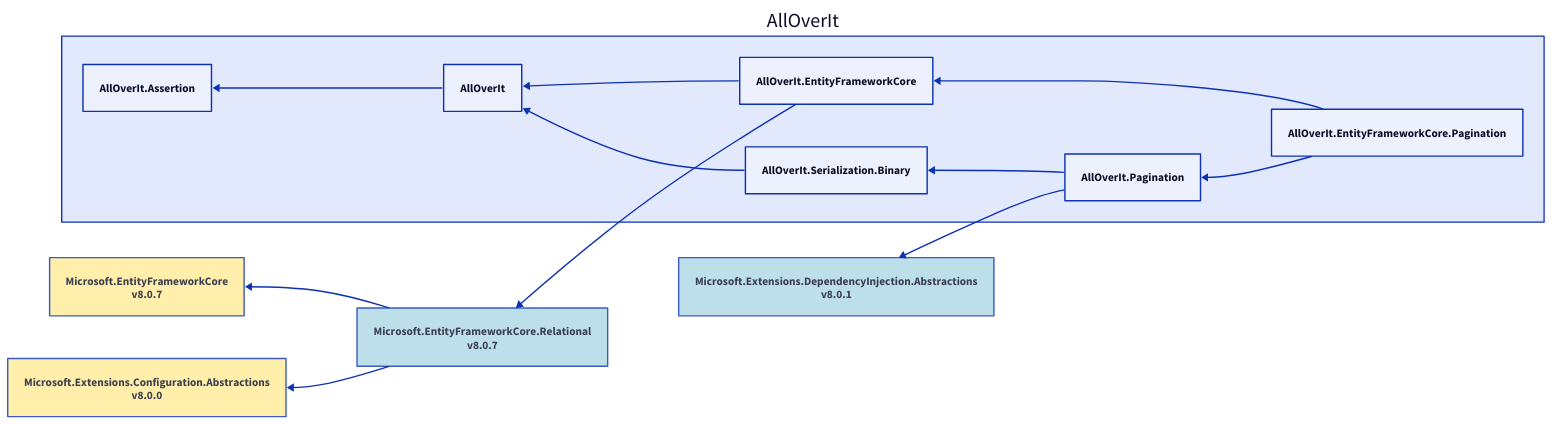
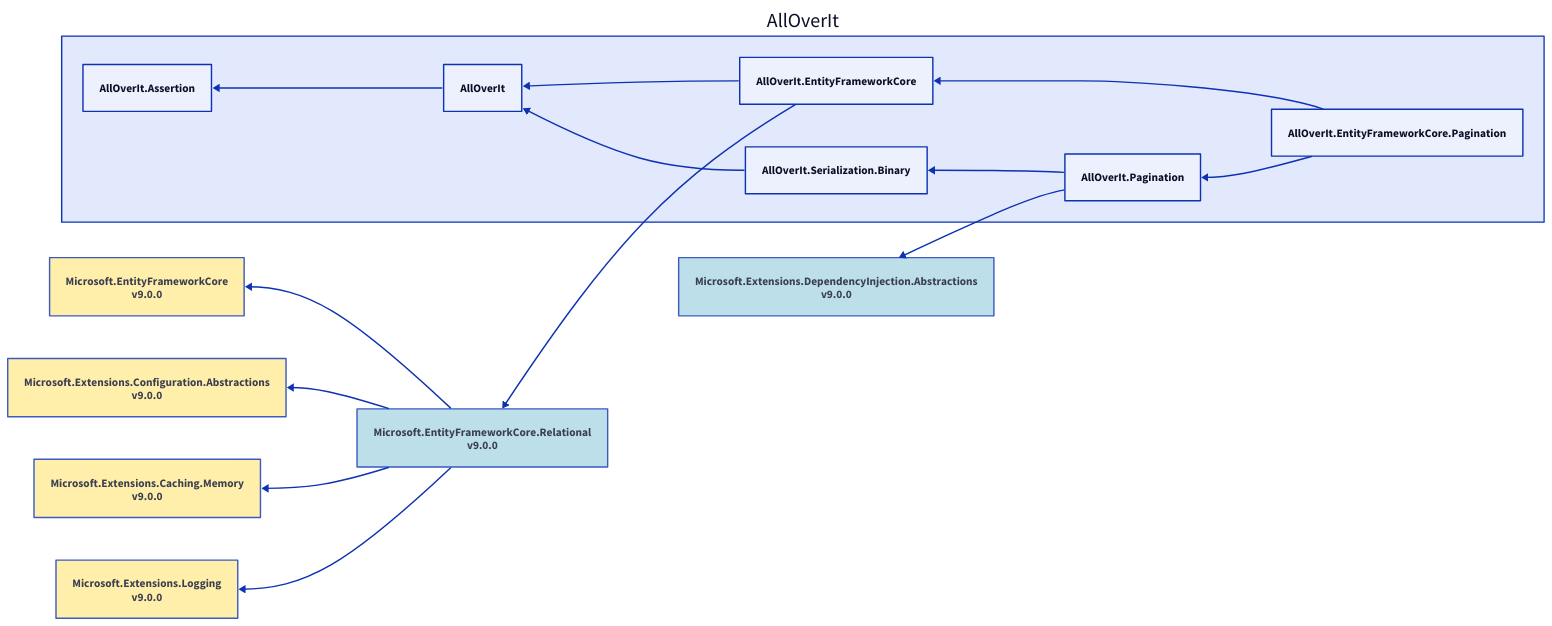
One commit to mjfreelancing/AllOverIt changed the diagram in Docs/Reference/Content/images/dependencies/net8.0/alloverit-entityframeworkcore-pagination.d2. Above: the diagram before and after it, drawn with D2. The commit also changed 205 other files, not shown here.

```diff
--- a/Docs/Reference/Content/images/dependencies/net8.0/alloverit-entityframeworkcore-pagination.d2
+++ b/Docs/Reference/Content/images/dependencies/net8.0/alloverit-entityframeworkcore-pagination.d2
@@ -1,31 +1,39 @@
 direction: left
 
 aoi: AllOverIt
 aoi.alloverit-entityframeworkcore-pagination: AllOverIt.EntityFrameworkCore.Pagination
 aoi.alloverit-entityframeworkcore: AllOverIt.EntityFrameworkCore
-microsoft-entityframeworkcore-relational_8-0-7: Microsoft.EntityFrameworkCore.Relational\nv8.0.7
-microsoft-entityframeworkcore-relational_8-0-7.style.fill: "#ADD8E6"
-microsoft-entityframeworkcore-relational_8-0-7.style.opacity: 0.8
-microsoft-entityframeworkcore_8-0-7: Microsoft.EntityFrameworkCore\nv8.0.7
-microsoft-entityframeworkcore_8-0-7.style.fill: "#FFEC96"
-microsoft-entityframeworkcore_8-0-7.style.opacity: 0.8
-microsoft-entityframeworkcore_8-0-7 <- microsoft-entityframeworkcore-relational_8-0-7
-microsoft-extensions-configuration-abstractions_8-0-0: Microsoft.Extensions.Configuration.Abstractions\nv8.0.0
-microsoft-extensions-configuration-abstractions_8-0-0.style.fill: "#FFEC96"
-microsoft-extensions-configuration-abstractions_8-0-0.style.opacity: 0.8
-microsoft-extensions-configuration-abstractions_8-0-0 <- microsoft-entityframeworkcore-relational_8-0-7
-microsoft-entityframeworkcore-relational_8-0-7 <- aoi.alloverit-entityframeworkcore
+microsoft-entityframeworkcore-relational_9-0-0: Microsoft.EntityFrameworkCore.Relational\nv9.0.0
+microsoft-entityframeworkcore-relational_9-0-0.style.fill: "#ADD8E6"
+microsoft-entityframeworkcore-relational_9-0-0.style.opacity: 0.8
+microsoft-entityframeworkcore_9-0-0: Microsoft.EntityFrameworkCore\nv9.0.0
+microsoft-entityframeworkcore_9-0-0.style.fill: "#FFEC96"
+microsoft-entityframeworkcore_9-0-0.style.opacity: 0.8
+microsoft-entityframeworkcore_9-0-0 <- microsoft-entityframeworkcore-relational_9-0-0
+microsoft-extensions-configuration-abstractions_9-0-0: Microsoft.Extensions.Configuration.Abstractions\nv9.0.0
+microsoft-extensions-configuration-abstractions_9-0-0.style.fill: "#FFEC96"
+microsoft-extensions-configuration-abstractions_9-0-0.style.opacity: 0.8
+microsoft-extensions-configuration-abstractions_9-0-0 <- microsoft-entityframeworkcore-relational_9-0-0
+microsoft-extensions-caching-memory_9-0-0: Microsoft.Extensions.Caching.Memory\nv9.0.0
+microsoft-extensions-caching-memory_9-0-0.style.fill: "#FFEC96"
+microsoft-extensions-caching-memory_9-0-0.style.opacity: 0.8
+microsoft-extensions-caching-memory_9-0-0 <- microsoft-entityframeworkcore-relational_9-0-0
+microsoft-extensions-logging_9-0-0: Microsoft.Extensions.Logging\nv9.0.0
+microsoft-extensions-logging_9-0-0.style.fill: "#FFEC96"
+microsoft-extensions-logging_9-0-0.style.opacity: 0.8
+microsoft-extensions-logging_9-0-0 <- microsoft-entityframeworkcore-relational_9-0-0
+microsoft-entityframeworkcore-relational_9-0-0 <- aoi.alloverit-entityframeworkcore
 aoi.alloverit: AllOverIt
 aoi.alloverit-assertion: AllOverIt.Assertion
 aoi.alloverit-assertion <- aoi.alloverit
 aoi.alloverit <- aoi.alloverit-entityframeworkcore
 aoi.alloverit-entityframeworkcore <- aoi.alloverit-entityframeworkcore-pagination
 aoi.alloverit-pagination: AllOverIt.Pagination
-microsoft-extensions-dependencyinjection-abstractions_8-0-1: Microsoft.Extensions.DependencyInjection.Abstractions\nv8.0.1
-microsoft-extensions-dependencyinjection-abstractions_8-0-1.style.fill: "#ADD8E6"
-microsoft-extensions-dependencyinjection-abstractions_8-0-1.style.opacity: 0.8
-microsoft-extensions-dependencyinjection-abstractions_8-0-1 <- aoi.alloverit-pagination
+microsoft-extensions-dependencyinjection-abstractions_9-0-0: Microsoft.Extensions.DependencyInjection.Abstractions\nv9.0.0
+microsoft-extensions-dependencyinjection-abstractions_9-0-0.style.fill: "#ADD8E6"
+microsoft-extensions-dependencyinjection-abstractions_9-0-0.style.opacity: 0.8
+microsoft-extensions-dependencyinjection-abstractions_9-0-0 <- aoi.alloverit-pagination
 aoi.alloverit-serialization-binary: AllOverIt.Serialization.Binary
 aoi.alloverit <- aoi.alloverit-serialization-binary
 aoi.alloverit-serialization-binary <- aoi.alloverit-pagination
 aoi.alloverit-pagination <- aoi.alloverit-entityframeworkcore-pagination
```
